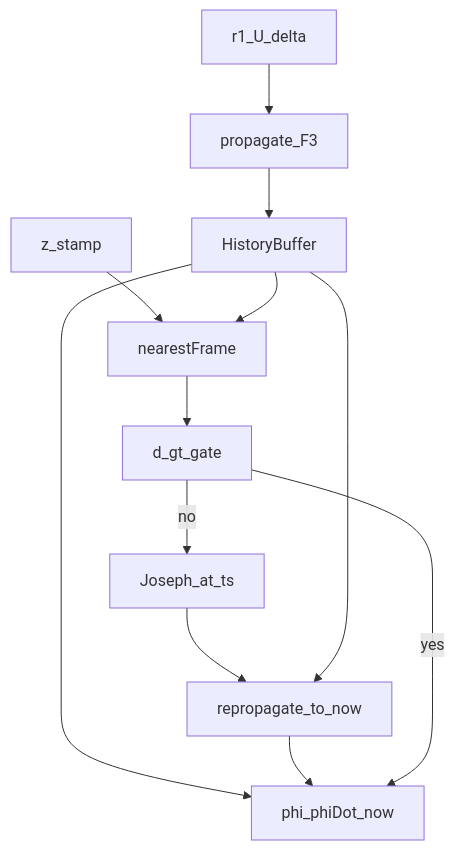
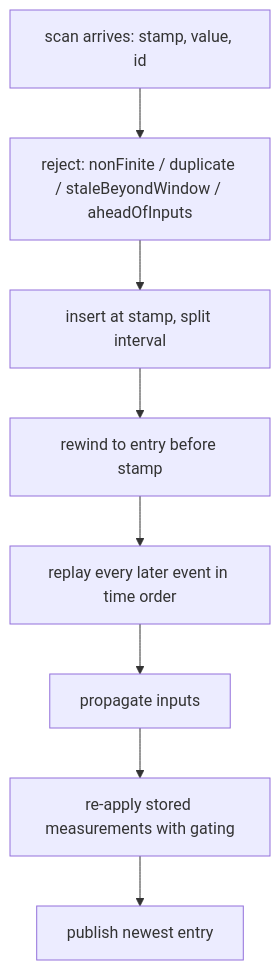
Before and after one commit to Kea128/HW_TruckDynamic: the second of 2 diagrams in docs/3_articulation_fusion_filter.md, drawn with Mermaid. The commit also changed other lines of this file and 23 other files, not shown here.

````diff
--- a/docs/3_articulation_fusion_filter.md
+++ b/docs/3_articulation_fusion_filter.md
@@ -532,18 +563,13 @@
 ```mermaid
 flowchart TB
-  imu[r1_U_delta]
-  lidar[z_stamp]
-  buf[HistoryBuffer]
-  pred[propagate_F3]
-  align[nearestFrame]
-  gate[d_gt_gate]
-  upd[Joseph_at_ts]
-  replay[repropagate_to_now]
-  out[phi_phiDot_now]
-  imu --> pred --> buf --> out
-  lidar --> align --> gate
-  gate -->|no| upd --> replay --> out
-  gate -->|yes| out
-  buf --> align
-  buf --> replay
+  arrive[scan arrives: stamp, value, id]
+  checks[reject: nonFinite / duplicate / staleBeyondWindow / aheadOfInputs]
+  insert[insert at stamp, split interval]
+  rewind[rewind to entry before stamp]
+  replay[replay every later event in time order]
+  prop[propagate inputs]
+  upd[re-apply stored measurements with gating]
+  publish[publish newest entry]
+  arrive --> checks --> insert --> rewind --> replay
+  replay --> prop --> upd --> publish
 ```
````
